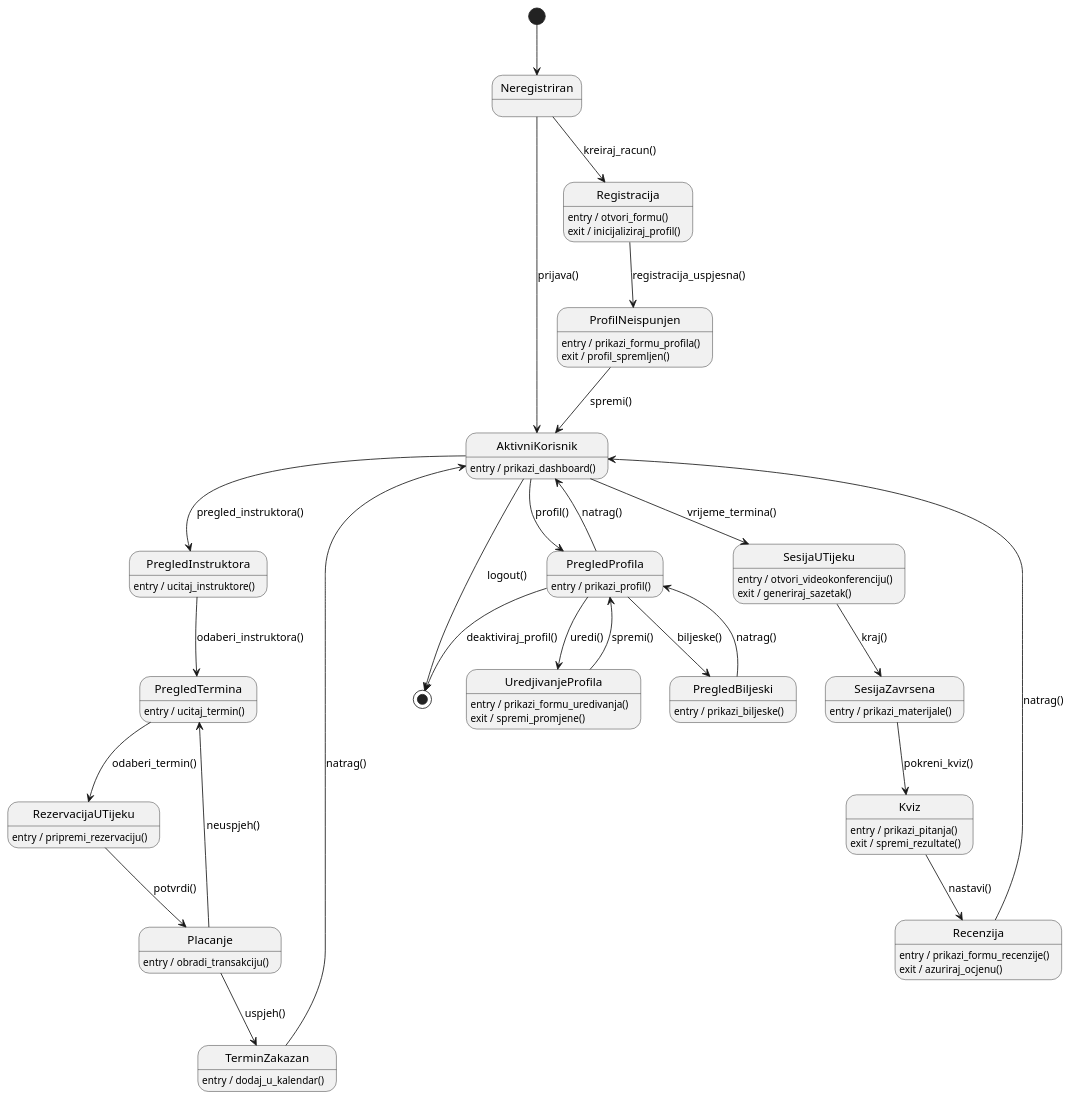
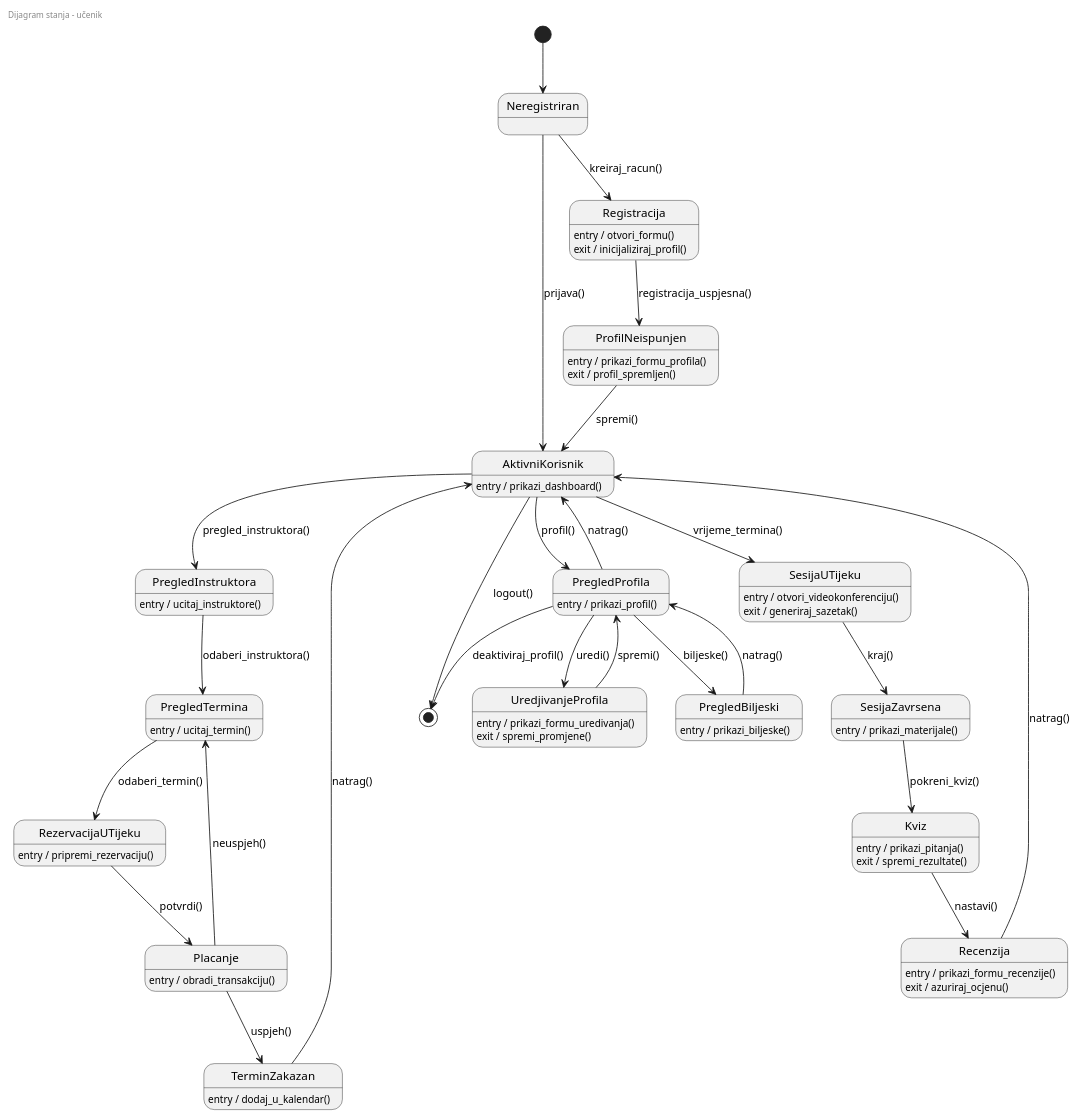
The diagram in uml/state_diagrams/dijagram_stanja.puml (IvanaVelickovic/progi-projekt), drawn with PlantUML before and after one commit. The commit also changed other lines of this file, not shown here.

Commit message:
Add header to state diagram for clarity

```diff
--- a/uml/state_diagrams/dijagram_stanja.puml
+++ b/uml/state_diagrams/dijagram_stanja.puml
@@ -1,69 +1,74 @@
 @startuml dijagram_stanja
+
+left header
+Dijagram stanja - učenik
+end header
+
 [*] --> Neregistriran
 
 Neregistriran --> AktivniKorisnik : prijava()
 Neregistriran --> Registracija : kreiraj_racun()
 
 Registracija : entry / otvori_formu()
 Registracija : exit / inicijaliziraj_profil()
 Registracija --> ProfilNeispunjen : registracija_uspjesna()
 
 ProfilNeispunjen : entry / prikazi_formu_profila()
 ProfilNeispunjen : exit / profil_spremljen()
 ProfilNeispunjen --> AktivniKorisnik : spremi()
 
 ' ------- Home -------
 AktivniKorisnik : entry / prikazi_dashboard()
 AktivniKorisnik --> PregledInstruktora : pregled_instruktora()
 AktivniKorisnik --> PregledProfila : profil()
 AktivniKorisnik --> SesijaUTijeku : vrijeme_termina()
 AktivniKorisnik --> [*] : logout()
 
 ' ------- Pregled profila -------
 PregledProfila : entry / prikazi_profil()
 PregledProfila --> UredjivanjeProfila : uredi()
 PregledProfila --> PregledBiljeski : biljeske()
 PregledProfila --> [*] : deaktiviraj_profil()
 PregledProfila --> AktivniKorisnik : natrag()
 
 UredjivanjeProfila : entry / prikazi_formu_uredivanja()
 UredjivanjeProfila : exit / spremi_promjene()
 UredjivanjeProfila --> PregledProfila : spremi()
 
 PregledBiljeski : entry / prikazi_biljeske()
 PregledBiljeski --> PregledProfila : natrag()
 
 ' ------- Instruktori i rezervacije -------
 PregledInstruktora : entry / ucitaj_instruktore()
 PregledInstruktora --> PregledTermina : odaberi_instruktora()
 
 PregledTermina : entry / ucitaj_termin()
 PregledTermina --> RezervacijaUTijeku : odaberi_termin()
 
 RezervacijaUTijeku : entry / pripremi_rezervaciju()
 RezervacijaUTijeku --> Placanje : potvrdi()
 
 Placanje : entry / obradi_transakciju()
 Placanje --> TerminZakazan : uspjeh()
 Placanje --> PregledTermina : neuspjeh()
 
 TerminZakazan : entry / dodaj_u_kalendar()
 TerminZakazan --> AktivniKorisnik : natrag()
 
 ' ------- Sesija + kviz -------
 SesijaUTijeku : entry / otvori_videokonferenciju()
 SesijaUTijeku : exit / generiraj_sazetak()
 SesijaUTijeku --> SesijaZavrsena : kraj()
 
 SesijaZavrsena : entry / prikazi_materijale()
 SesijaZavrsena --> Kviz : pokreni_kviz()
 
 Kviz : entry / prikazi_pitanja()
 Kviz : exit / spremi_rezultate()
 Kviz --> Recenzija : nastavi()
 
 Recenzija : entry / prikazi_formu_recenzije()
 Recenzija : exit / azuriraj_ocjenu()
 Recenzija --> AktivniKorisnik : natrag()
 
 @enduml
```
